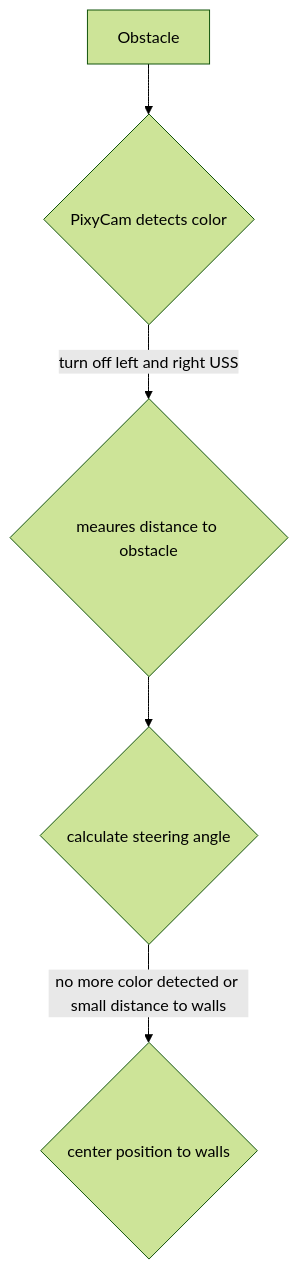
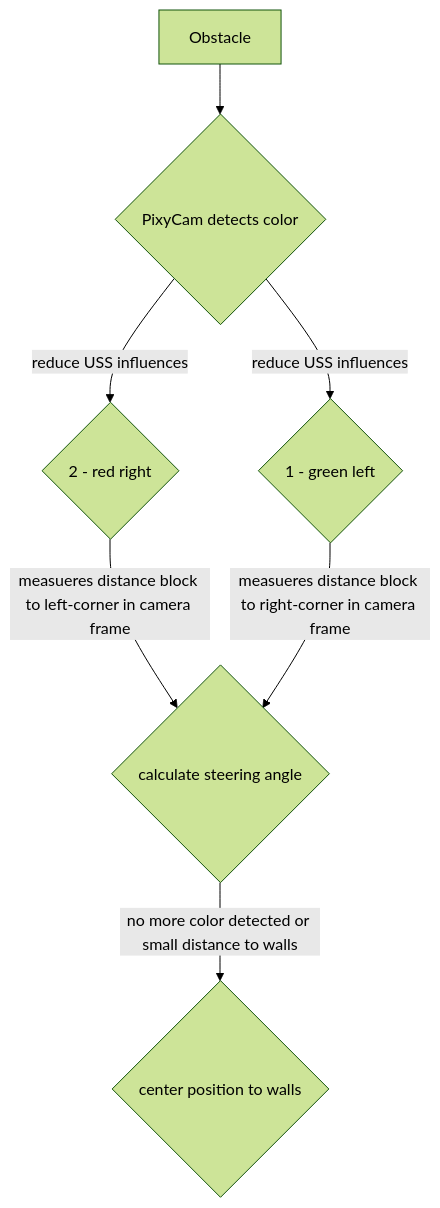
The first of 2 diagrams in programming/ObstacleChallenge/README.md (SchroedingersBit/PfortGTPanama), drawn with Mermaid (forest theme) before and after one commit.

````diff
--- a/programming/ObstacleChallenge/README.md
+++ b/programming/ObstacleChallenge/README.md
@@ -7,6 +7,7 @@
 ```mermaid
 flowchart TB;
-Obstacle --> P{PixyCam detects color} -->|turn off left and right USS| M{meaures distance to obstacle}
-M --> S{calculate steering angle};
+Obstacle --> P{PixyCam detects color} -->|reduce USS influences| R{2 - red right} & G{1 - green left};
+R --> |measueres distance block to left-corner in camera frame| S{calculate steering angle};
+G --> |measueres distance block to right-corner in camera frame| S;
 S --> |no more color detected or small distance to walls| B{center position to walls};
 ```
````
